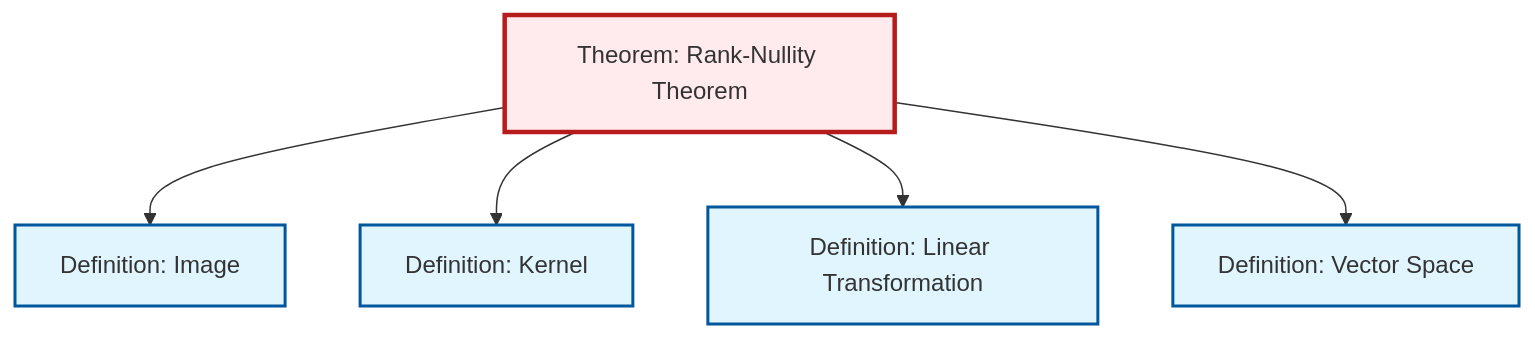
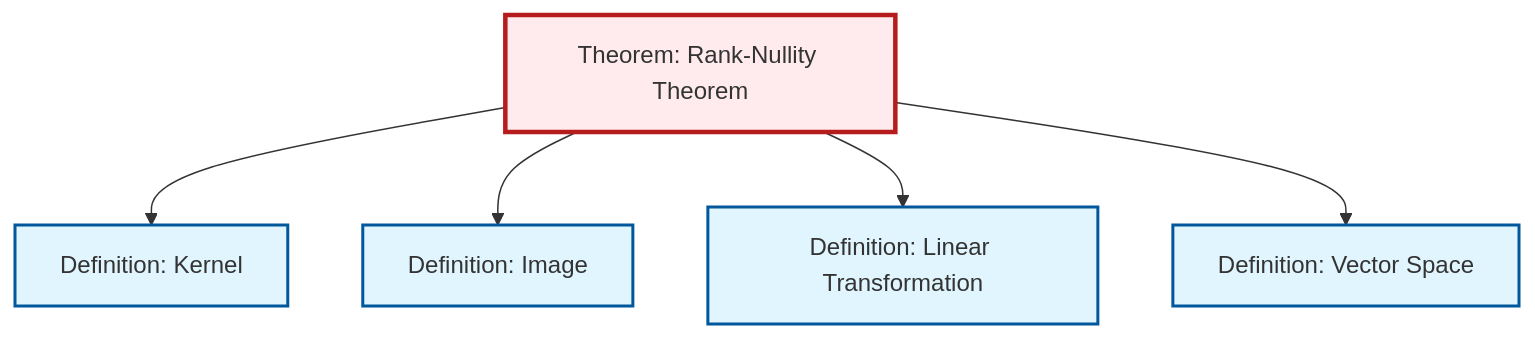
Before and after one commit to RK0429/ModernMath: the diagram in content/ja/algebra/thm-rank-nullity.qmd, drawn with Mermaid. The commit also changed other lines of this file and 22 other files, not shown here.

````diff
--- a/content/ja/algebra/thm-rank-nullity.qmd
+++ b/content/ja/algebra/thm-rank-nullity.qmd
@@ -56,23 +57,23 @@
 ```{mermaid}
 %%| fig-cap: "Local dependency graph"
 graph TD
     classDef definition fill:#e1f5fe,stroke:#01579b,stroke-width:2px
     classDef theorem fill:#f3e5f5,stroke:#4a148c,stroke-width:2px
     classDef axiom fill:#fff3e0,stroke:#e65100,stroke-width:2px
     classDef example fill:#e8f5e9,stroke:#1b5e20,stroke-width:2px
     classDef current fill:#ffebee,stroke:#b71c1c,stroke-width:3px
+    thm-rank-nullity["Theorem: Rank-Nullity Theorem"]:::theorem
     def-vector-space["Definition: Vector Space"]:::definition
-    thm-rank-nullity["Theorem: Rank-Nullity Theorem"]:::theorem
+    def-image["Definition: Image"]:::definition
     def-kernel["Definition: Kernel"]:::definition
-    def-image["Definition: Image"]:::definition
     def-linear-transformation["Definition: Linear Transformation"]:::definition
+    thm-rank-nullity --> def-kernel
     thm-rank-nullity --> def-image
-    thm-rank-nullity --> def-kernel
     thm-rank-nullity --> def-linear-transformation
     thm-rank-nullity --> def-vector-space
     class thm-rank-nullity current
     click def-vector-space "def-vector-space.html" "Definition: Vector Spaceへ"
+    click def-image "def-image.html" "Definition: Imageへ"
     click def-kernel "def-kernel.html" "Definition: Kernelへ"
-    click def-image "def-image.html" "Definition: Imageへ"
     click def-linear-transformation "def-linear-transformation.html" "Definition: Linear Transformationへ"
 ```
````
